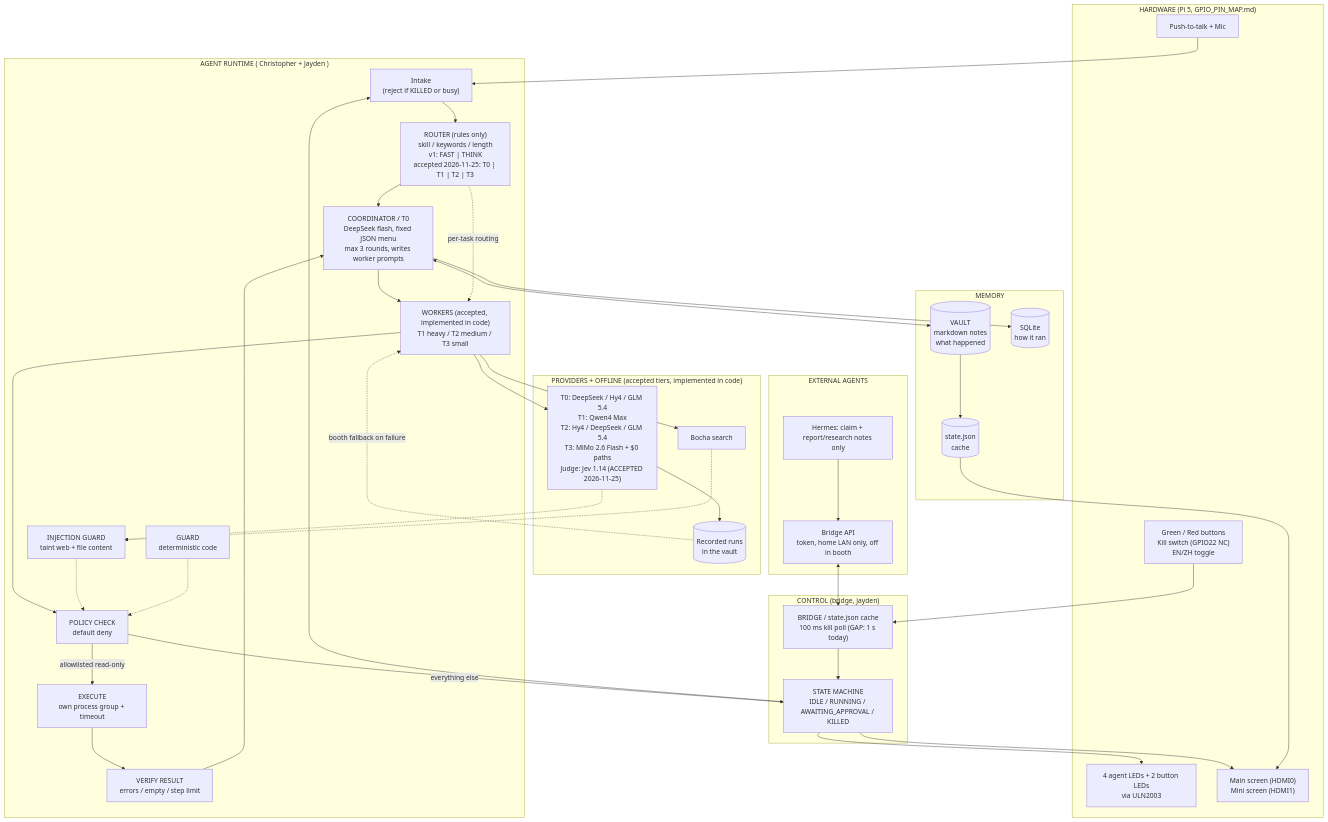
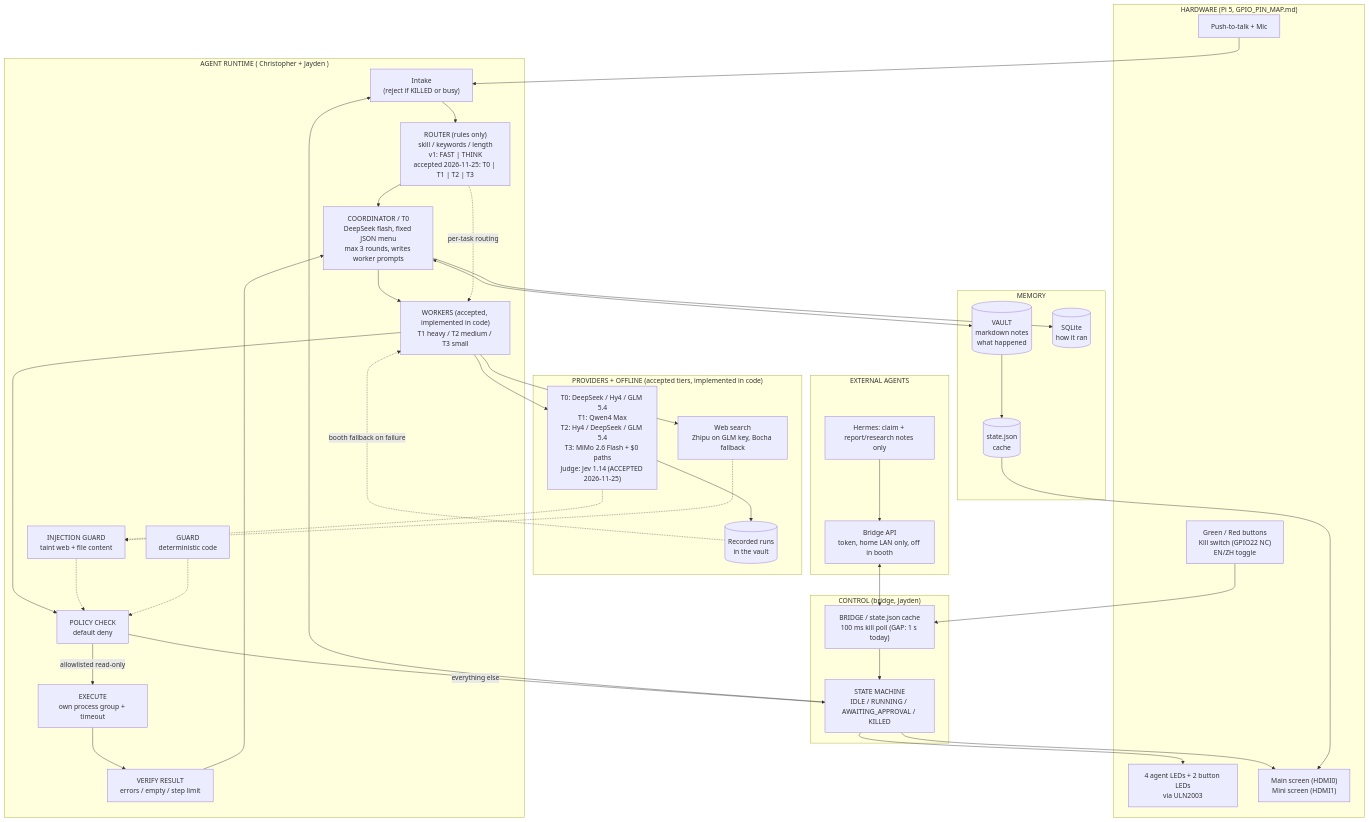
The first of 10 diagrams in docs/ARCHITECTURE_DIAGRAMS.md (Daijay/si-console), drawn with Mermaid before and after one commit. The commit also changed other lines of this file and 16 other files, not shown here.

First line of the commit message:
Web search on Zhipu (Z.ai) with the GLM key; Bocha becomes optional

````diff
--- a/docs/ARCHITECTURE_DIAGRAMS.md
+++ b/docs/ARCHITECTURE_DIAGRAMS.md
@@ -19,67 +19,67 @@
 ```mermaid
 flowchart TB
     subgraph H["HARDWARE (Pi 5, GPIO_PIN_MAP.md)"]
         PTT["Push-to-talk + Mic"]
         BTN["Green / Red buttons<br/>Kill switch (GPIO22 NC)<br/>EN/ZH toggle"]
         LED["4 agent LEDs + 2 button LEDs<br/>via ULN2003"]
         SCREEN["Main screen (HDMI0)<br/>Mini screen (HDMI1)"]
     end
 
     subgraph C["CONTROL (bridge, Jayden)"]
         BR["BRIDGE / state.json cache<br/>100 ms kill poll (GAP: 1 s today)"]
         FSM["STATE MACHINE<br/>IDLE / RUNNING / AWAITING_APPROVAL / KILLED"]
     end
 
     subgraph A["AGENT RUNTIME ( Christopher + Jayden )"]
         IN["Intake<br/>(reject if KILLED or busy)"]
         ROUTER["ROUTER (rules only)<br/>skill / keywords / length<br/>v1: FAST | THINK<br/>accepted 2026-11-25: T0 | T1 | T2 | T3"]
         COORD["COORDINATOR / T0<br/>DeepSeek flash, fixed JSON menu<br/>max 3 rounds, writes worker prompts"]
         WORK["WORKERS (accepted, implemented in code)<br/>T1 heavy / T2 medium / T3 small"]
         POLICY["POLICY CHECK<br/>default deny"]
         GUARD["GUARD<br/>deterministic code"]
         EXEC["EXECUTE<br/>own process group + timeout"]
         VERIFY["VERIFY RESULT<br/>errors / empty / step limit"]
         IG["INJECTION GUARD<br/>taint web + file content"]
     end
 
     subgraph M["MEMORY"]
         VAULT[("VAULT<br/>markdown notes<br/>what happened")]
         JSON[("state.json<br/>cache")]
         SQLITE[("SQLite<br/>how it ran")]
     end
 
     subgraph P["PROVIDERS + OFFLINE (accepted tiers, implemented in code)"]
         DS["T0: DeepSeek / Hy4 / GLM 5.4<br/>T1: Qwen4 Max<br/>T2: Hy4 / DeepSeek / GLM 5.4<br/>T3: MiMo 2.6 Flash + $0 paths<br/>Judge: Jev 1.14 (ACCEPTED 2026-11-25)"]
-        BOCHA["Bocha search"]
+        BOCHA["Web search<br/>Zhipu on GLM key, Bocha fallback"]
         REC[("Recorded runs<br/>in the vault")]
     end
 
     subgraph E["EXTERNAL AGENTS"]
         API["Bridge API<br/>token, home LAN only, off in booth"]
         HERMES["Hermes: claim + report/research notes only"]
     end
 
     PTT --> IN
     BTN --> BR
     BR --> FSM
     FSM --> LED
     FSM --> SCREEN
     FSM --> IN
     IN --> ROUTER --> COORD --> WORK --> POLICY
     POLICY -- "allowlisted read-only" --> EXEC
     POLICY -- "everything else" --> FSM
     IG -.-> POLICY
     GUARD -.-> POLICY
     EXEC --> VERIFY --> COORD
     COORD <--> VAULT
     VAULT --> JSON --> SCREEN
     COORD --> SQLITE
     WORK --> DS
     WORK --> BOCHA
     ROUTER -.->|"per-task routing"| WORK
     DS & BOCHA -.-> IG
     DS --> REC
     REC -. "booth fallback on failure" .-> WORK
     API <--> BR
     HERMES --> API
 ```
````
